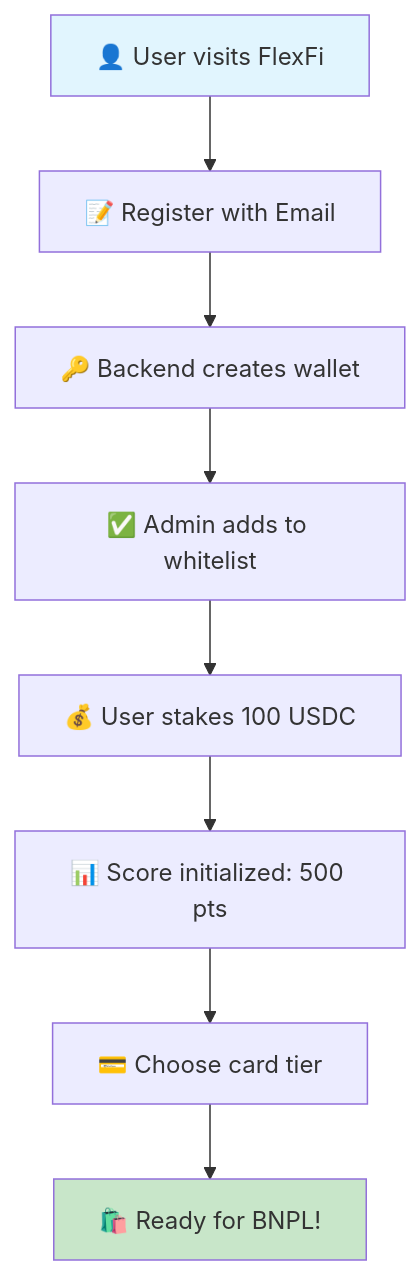
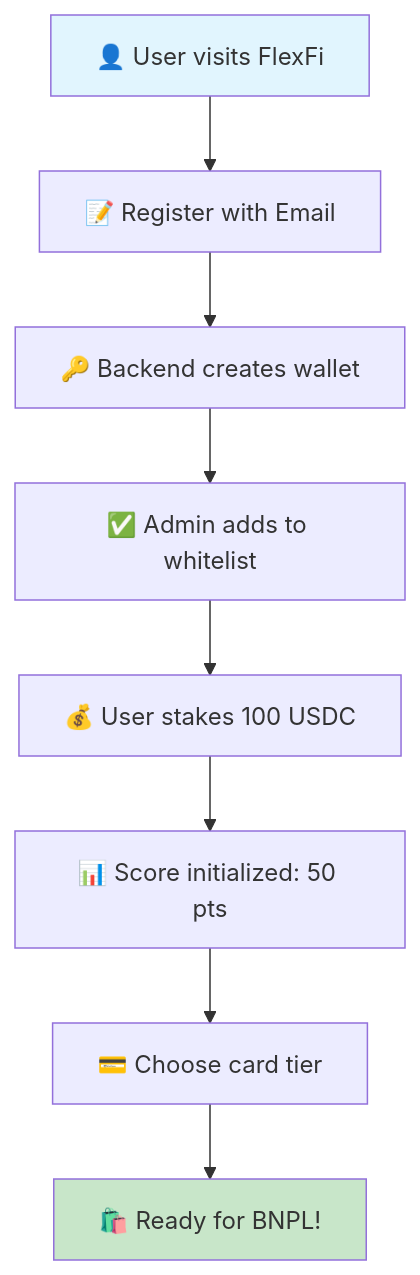
Before and after one commit to flexfi-protocol/flexfi-web3: the diagram in README.md, drawn with Mermaid. The commit also changed other lines of this file, not shown here.

````diff
--- a/README.md
+++ b/README.md
@@ -185,13 +185,13 @@
 ```mermaid
 flowchart TD
     A[👤 User visits FlexFi] --> B[📝 Register with Email]
     B --> C[🔑 Backend creates wallet]
     C --> D[✅ Admin adds to whitelist]
     D --> E[💰 User stakes 100 USDC]
-    E --> F[📊 Score initialized: 500 pts]
+    E --> F[📊 Score initialized: 50 pts]
     F --> G[💳 Choose card tier]
     G --> H[🛍️ Ready for BNPL!]
     
     style A fill:#e1f5fe
     style H fill:#c8e6c9
 ```
````
